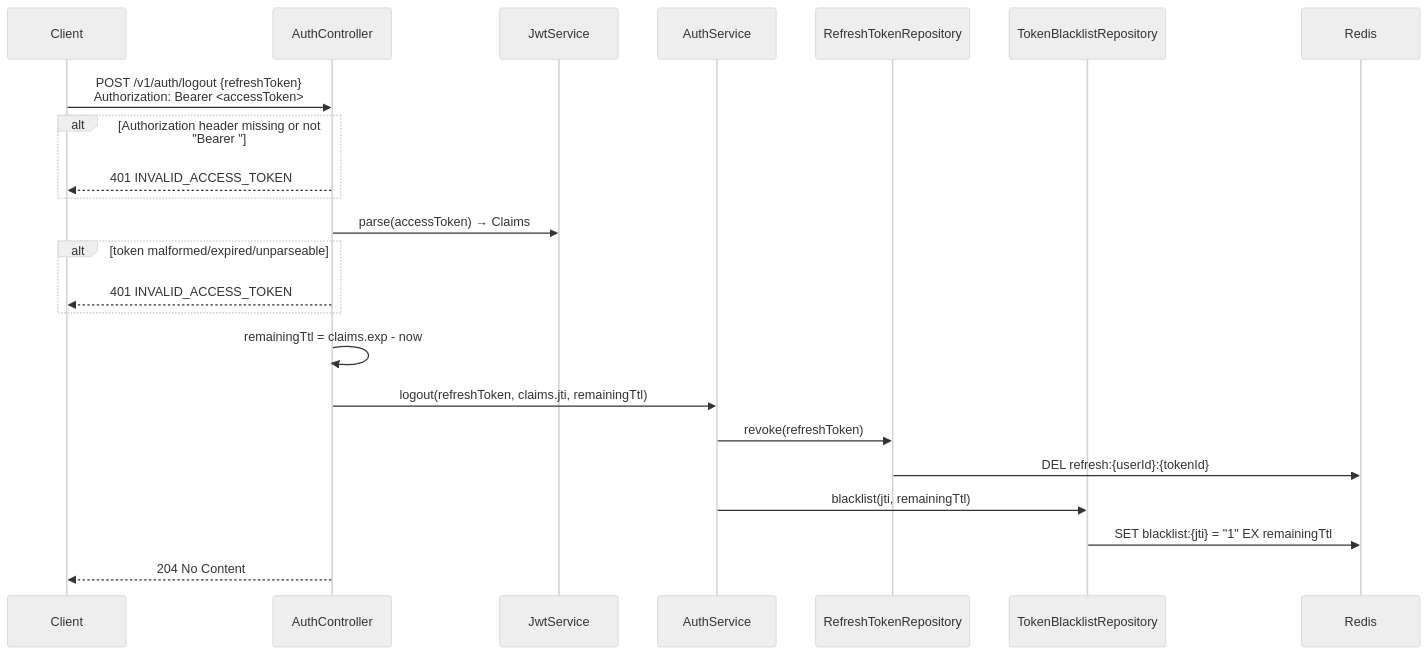
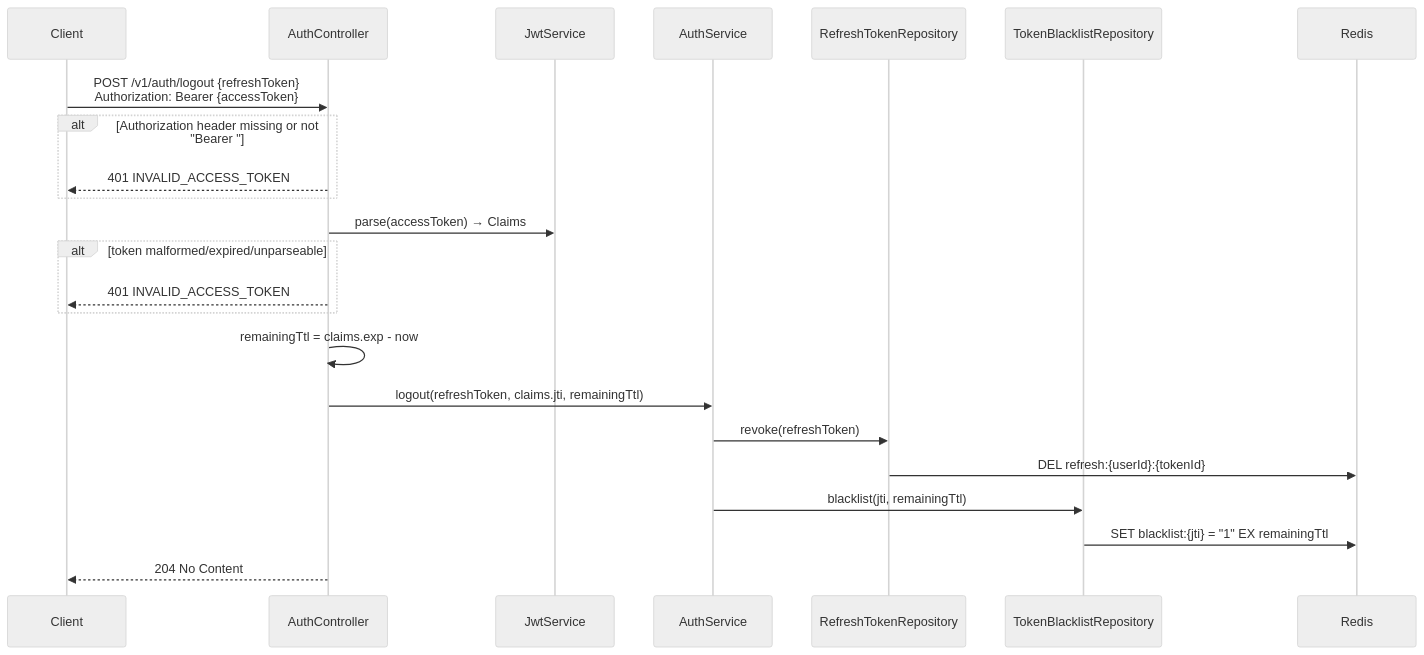
The fifth of 5 diagrams in docs/lld/user-auth-sequence-flows.md (minoltan/ecommerce-platform), drawn with Mermaid (neutral theme) before and after one commit. The commit also changed other lines of this file, not shown here.

First line of the commit message:
Fix mermaid render errors in AuthService sequence-flows doc

````diff
--- a/docs/lld/user-auth-sequence-flows.md
+++ b/docs/lld/user-auth-sequence-flows.md
@@ -218,26 +218,26 @@
 ```mermaid
 sequenceDiagram
     participant C as Client
     participant AC as AuthController
     participant JWT as JwtService
     participant AS as AuthService
     participant RT as RefreshTokenRepository
     participant TBR as TokenBlacklistRepository
     participant Redis
 
-    C->>AC: POST /v1/auth/logout {refreshToken}<br/>Authorization: Bearer <accessToken>
+    C->>AC: POST /v1/auth/logout {refreshToken}<br/>Authorization: Bearer {accessToken}
     alt Authorization header missing or not "Bearer "
         AC-->>C: 401 INVALID_ACCESS_TOKEN
     end
     AC->>JWT: parse(accessToken) → Claims
     alt token malformed/expired/unparseable
         AC-->>C: 401 INVALID_ACCESS_TOKEN
     end
     AC->>AC: remainingTtl = claims.exp - now
     AC->>AS: logout(refreshToken, claims.jti, remainingTtl)
     AS->>RT: revoke(refreshToken)
     RT->>Redis: DEL refresh:{userId}:{tokenId}
     AS->>TBR: blacklist(jti, remainingTtl)
     TBR->>Redis: SET blacklist:{jti} = "1" EX remainingTtl
     AC-->>C: 204 No Content
 ```
````
